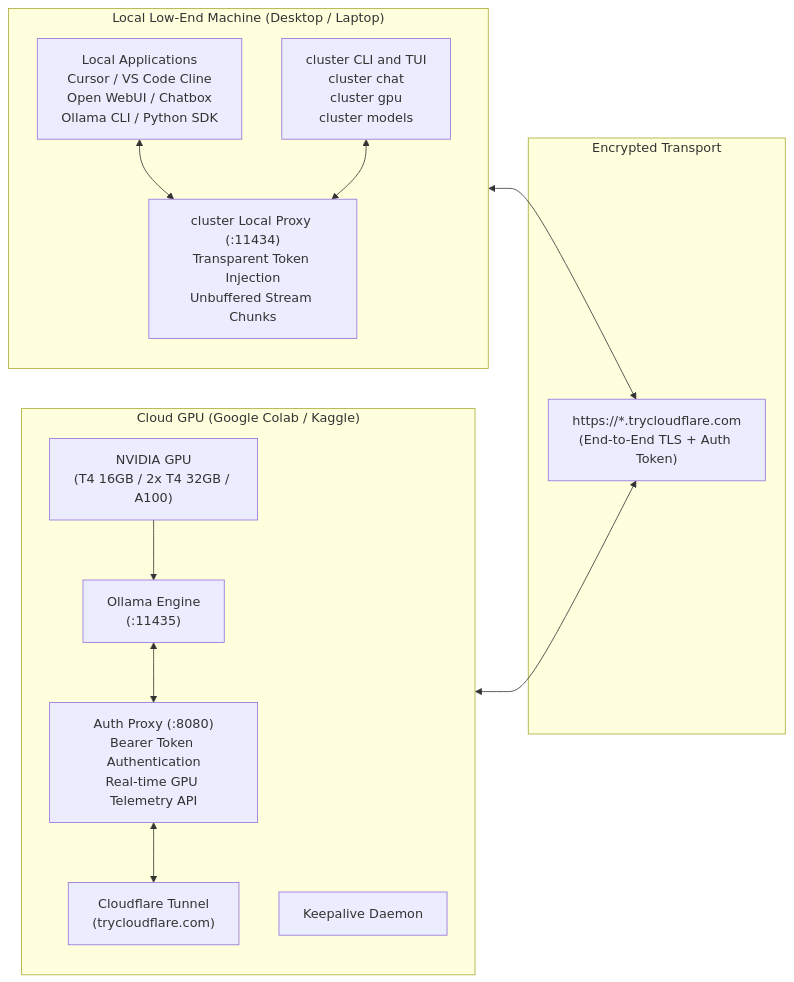
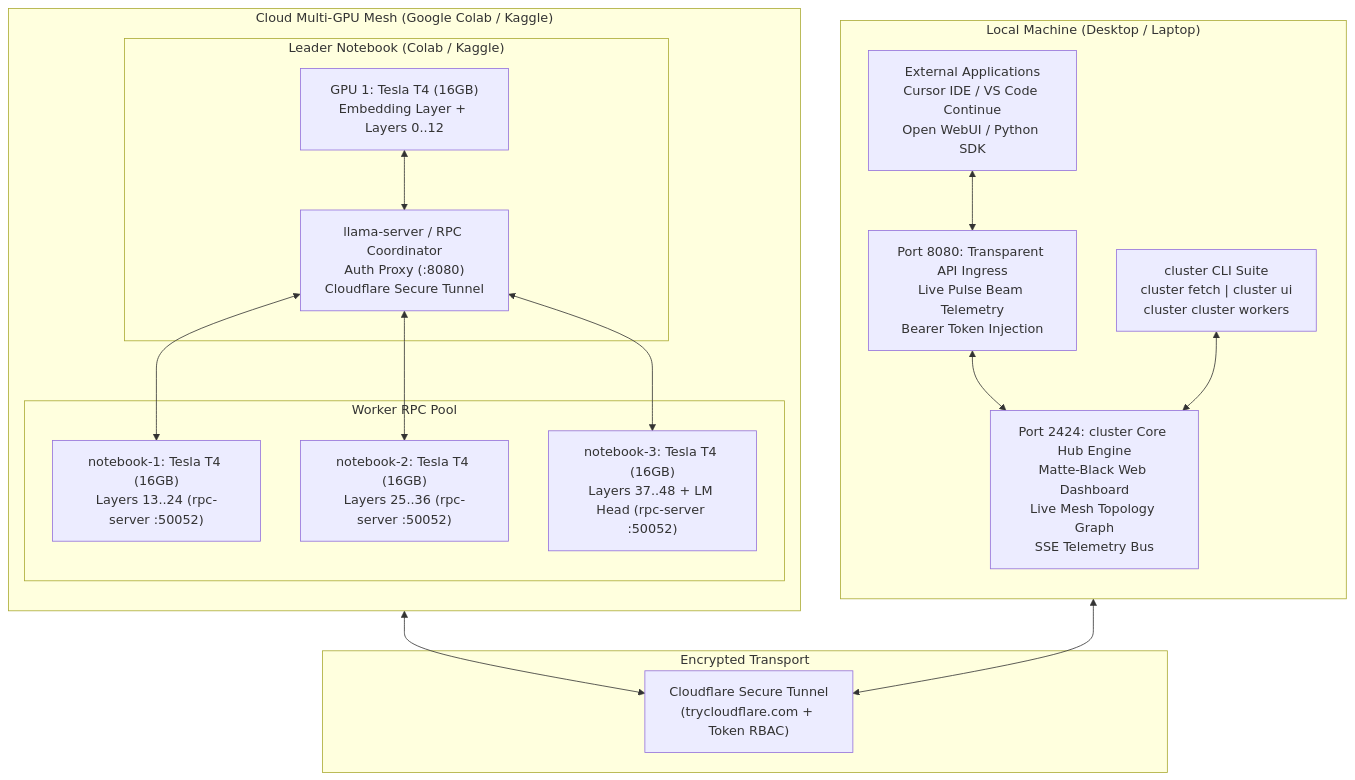
The diagram in README.md (berlin-566/cluster), drawn with Mermaid before and after one commit. The commit also changed other lines of this file and 18 other files, not shown here.

Commit message:
feat: implement multi-notebook distributed GPU mesh and web dashboard per PRD

````diff
--- a/README.md
+++ b/README.md
@@ -19,32 +32,40 @@
 ```mermaid
-flowchart LR
-    subgraph Cloud["Cloud GPU (Google Colab / Kaggle)"]
+flowchart TD
+    subgraph CloudMesh["Cloud Multi-GPU Mesh (Google Colab / Kaggle)"]
         direction TB
-        GPU["NVIDIA GPU<br/>(T4 16GB / 2x T4 32GB / A100)"]
-        OLLAMA["Ollama Engine<br/>(:11435)"]
-        AUTH["Auth Proxy (:8080)<br/>Bearer Token Authentication<br/>Real-time GPU Telemetry API"]
-        CF_TUNNEL["Cloudflare Tunnel<br/>(trycloudflare.com)"]
-        KEEPALIVE["Keepalive Daemon"]
+        subgraph Leader["Leader Notebook (Colab / Kaggle)"]
+            LEADER_GPU["GPU 1: Tesla T4 (16GB)<br/>Embedding Layer + Layers 0..12"]
+            LEADER_ORCH["llama-server / RPC Coordinator<br/>Auth Proxy (:8080)<br/>Cloudflare Secure Tunnel"]
+        end
 
-        GPU --> OLLAMA
-        OLLAMA <--> AUTH
-        AUTH <--> CF_TUNNEL
+        subgraph Workers["Worker RPC Pool"]
+            W1["notebook-1: Tesla T4 (16GB)<br/>Layers 13..24 (rpc-server :50052)"]
+            W2["notebook-2: Tesla T4 (16GB)<br/>Layers 25..36 (rpc-server :50052)"]
+            W3["notebook-3: Tesla T4 (16GB)<br/>Layers 37..48 + LM Head (rpc-server :50052)"]
+        end
+
+        LEADER_GPU <--> LEADER_ORCH
+        LEADER_ORCH <--> W1
+        LEADER_ORCH <--> W2
+        LEADER_ORCH <--> W3
     end
 
     subgraph Internet["Encrypted Transport"]
-        CF_PUB["https://*.trycloudflare.com<br/>(End-to-End TLS + Auth Token)"]
+        TUNNEL["Cloudflare Secure Tunnel<br/>(trycloudflare.com + Token RBAC)"]
     end
 
-    subgraph Local["Local Low-End Machine (Desktop / Laptop)"]
+    subgraph LocalMachine["Local Machine (Desktop / Laptop)"]
         direction TB
-        CLI["cluster CLI and TUI<br/>cluster chat<br/>cluster gpu<br/>cluster models"]
-        LOCAL_PROXY["cluster Local Proxy (:11434)<br/>Transparent Token Injection<br/>Unbuffered Stream Chunks"]
-        APPS["Local Applications<br/>Cursor / VS Code Cline<br/>Open WebUI / Chatbox<br/>Ollama CLI / Python SDK"]
+        HUB["Port 2424: cluster Core Hub Engine<br/>Matte-Black Web Dashboard<br/>Live Mesh Topology Graph<br/>SSE Telemetry Bus"]
+        PROXY["Port 8080: Transparent API Ingress<br/>Live Pulse Beam Telemetry<br/>Bearer Token Injection"]
+        CLI["cluster CLI Suite<br/>cluster fetch | cluster ui<br/>cluster cluster workers"]
+        CLIENTS["External Applications<br/>Cursor IDE / VS Code Continue<br/>Open WebUI / Python SDK"]
 
-        APPS <--> LOCAL_PROXY
-        CLI <--> LOCAL_PROXY
-        LOCAL_PROXY <--> CF_PUB
+        CLIENTS <--> PROXY
+        PROXY <--> HUB
+        CLI <--> HUB
+        HUB <--> TUNNEL
     end
 
-    CF_TUNNEL <--> CF_PUB
+    CloudMesh <--> TUNNEL
 ```
````
